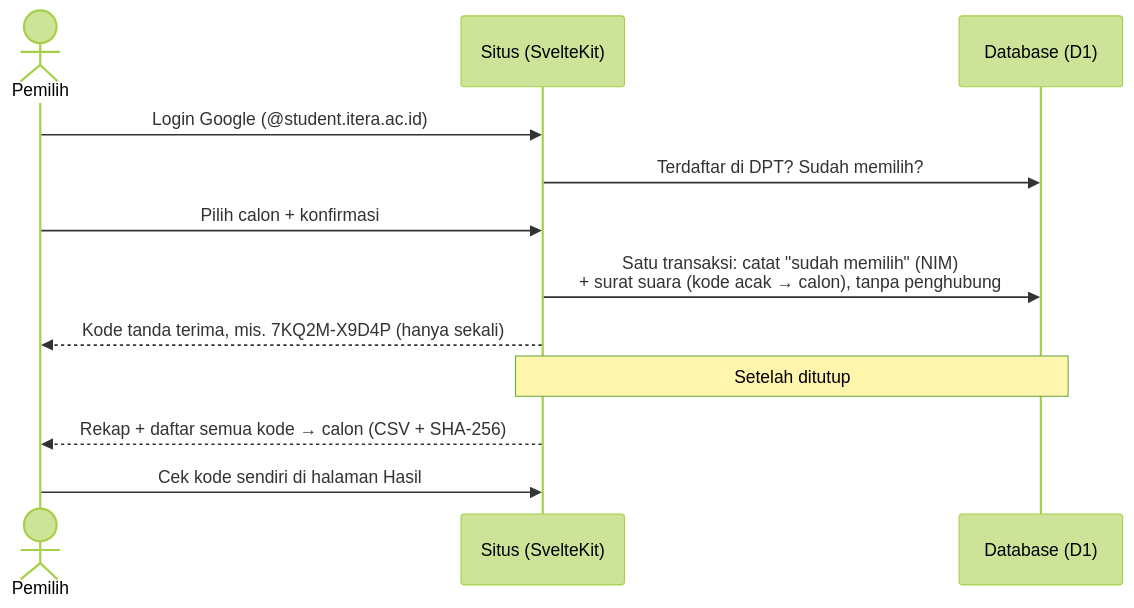
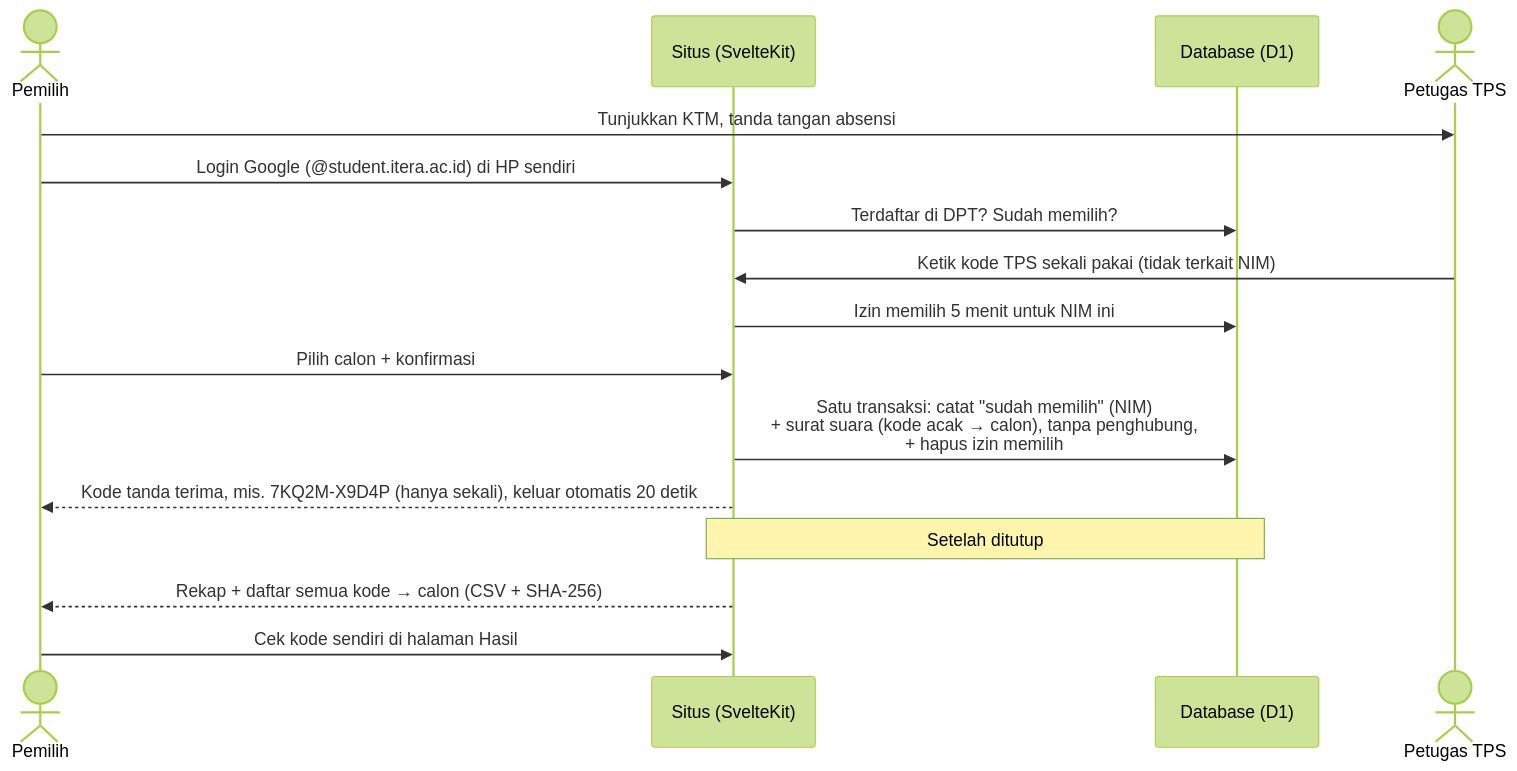
One commit to Persekutuan-Mahasiswa-Kristen-ITERA/pemira-pmk-2026 changed the diagram in README.md. Above: the diagram before and after it, drawn with Mermaid (forest theme). The commit also changed other lines of this file and 34 other files, not shown here.

````diff
--- a/README.md
+++ b/README.md
@@ -42,15 +43,19 @@
 ```mermaid
 sequenceDiagram
     actor P as Pemilih
     participant S as Situs (SvelteKit)
     participant DB as Database (D1)
 
-    P->>S: Login Google (@student.itera.ac.id)
+    actor T as Petugas TPS
+    P->>T: Tunjukkan KTM, tanda tangan absensi
+    P->>S: Login Google (@student.itera.ac.id) di HP sendiri
     S->>DB: Terdaftar di DPT? Sudah memilih?
+    T->>S: Ketik kode TPS sekali pakai (tidak terkait NIM)
+    S->>DB: Izin memilih 5 menit untuk NIM ini
     P->>S: Pilih calon + konfirmasi
-    S->>DB: Satu transaksi: catat "sudah memilih" (NIM)<br/>+ surat suara (kode acak → calon), tanpa penghubung
-    S-->>P: Kode tanda terima, mis. 7KQ2M-X9D4P (hanya sekali)
+    S->>DB: Satu transaksi: catat "sudah memilih" (NIM)<br/>+ surat suara (kode acak → calon), tanpa penghubung,<br/>+ hapus izin memilih
+    S-->>P: Kode tanda terima, mis. 7KQ2M-X9D4P (hanya sekali), keluar otomatis 20 detik
     Note over S,DB: Setelah ditutup
     S-->>P: Rekap + daftar semua kode → calon (CSV + SHA-256)
     P->>S: Cek kode sendiri di halaman Hasil
 ```
````
